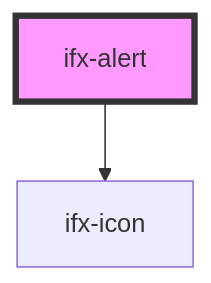
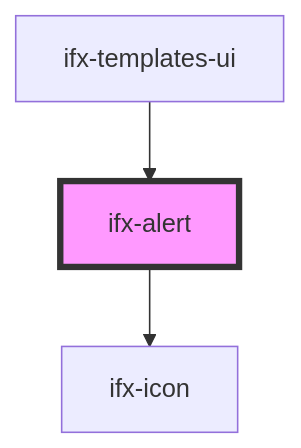
One commit to Infineon/infineon-design-system-stencil changed the diagram in packages/components/src/components/alert/readme.md. Above: the diagram before and after it, drawn with Mermaid. The commit also changed other lines of this file and 9 other files, not shown here.

````diff
--- a/packages/components/src/components/alert/readme.md
+++ b/packages/components/src/components/alert/readme.md
@@ -32,5 +36,6 @@
 ```mermaid
 graph TD;
   ifx-alert --> ifx-icon
+  ifx-templates-ui --> ifx-alert
   style ifx-alert fill:#f9f,stroke:#333,stroke-width:4px
 ```
````
